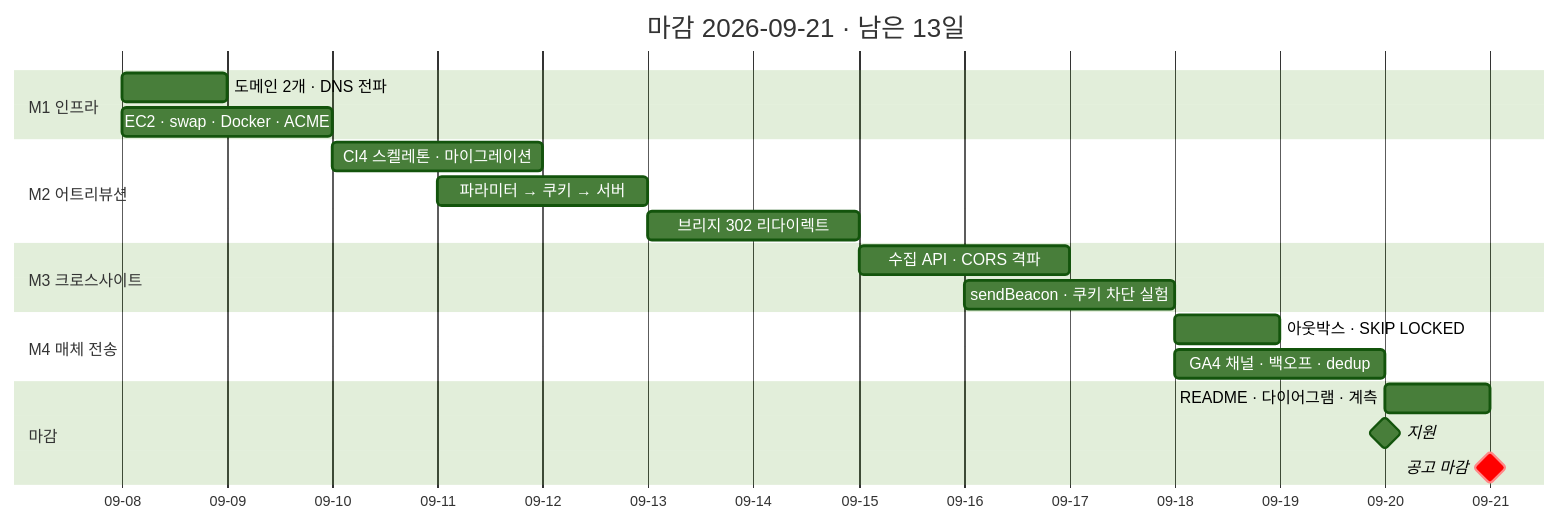
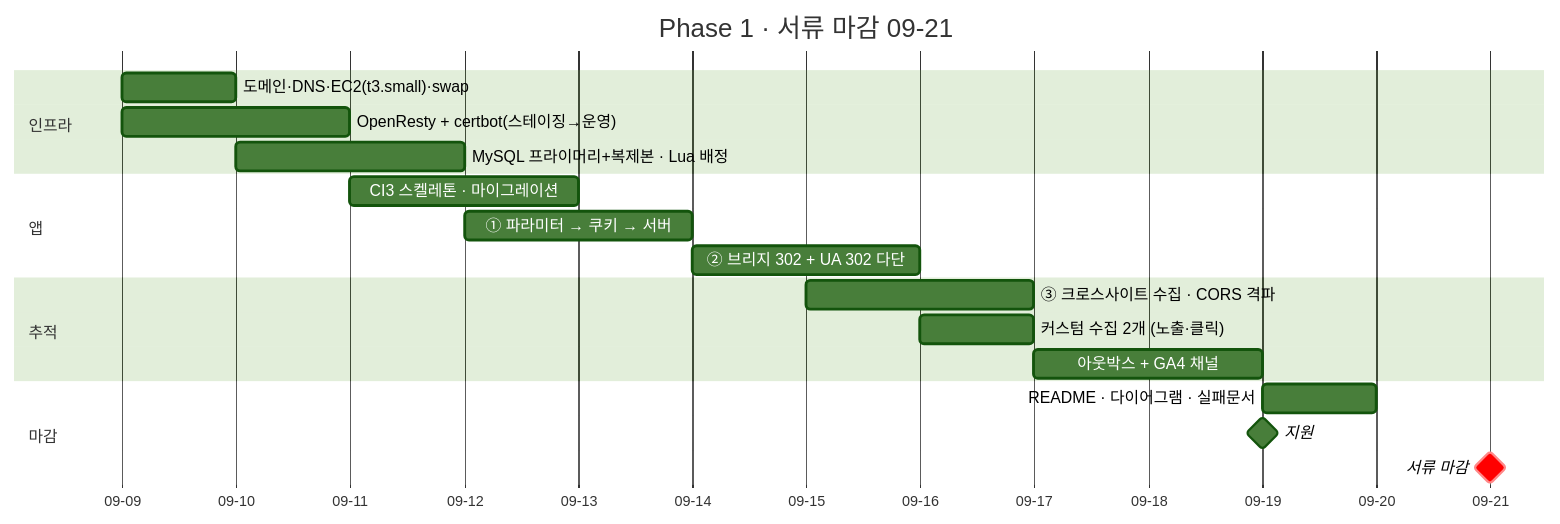
Before and after one commit to http1220/touchpoint: the sixth of 8 diagrams in docs/roadmap.md, drawn with Mermaid (forest theme). The commit also changed other lines of this file and 4 other files, not shown here.

````diff
--- a/docs/roadmap.md
+++ b/docs/roadmap.md
@@ -227,28 +243,26 @@
 ```mermaid
 gantt
-    title 마감 2026-09-21 · 남은 13일
+    title Phase 1 · 서류 마감 09-21
     dateFormat YYYY-MM-DD
     axisFormat %m-%d
 
-    section M1 인프라
-    도메인 2개 · DNS 전파      :m1a, 2026-09-08, 1d
-    EC2 · swap · Docker · ACME :m1b, 2026-09-08, 2d
+    section 인프라
+    도메인·DNS·EC2(t3.small)·swap    :2026-09-09, 1d
+    OpenResty + certbot(스테이징→운영) :2026-09-09, 2d
+    MySQL 프라이머리+복제본 · Lua 배정  :2026-09-10, 2d
 
-    section M2 어트리뷰션
-    CI4 스켈레톤 · 마이그레이션 :m2a, 2026-09-10, 2d
-    파라미터 → 쿠키 → 서버     :m2b, 2026-09-11, 2d
-    브리지 302 리다이렉트       :m2c, 2026-09-13, 2d
+    section 앱
+    CI3 스켈레톤 · 마이그레이션        :2026-09-11, 2d
+    ① 파라미터 → 쿠키 → 서버          :2026-09-12, 2d
+    ② 브리지 302 + UA 302 다단        :2026-09-14, 2d
 
-    section M3 크로스사이트
-    수집 API · CORS 격파        :m3a, 2026-09-15, 2d
-    sendBeacon · 쿠키 차단 실험 :m3b, 2026-09-16, 2d
-
-    section M4 매체 전송
-    아웃박스 · SKIP LOCKED      :m4a, 2026-09-18, 1d
-    GA4 채널 · 백오프 · dedup   :m4b, 2026-09-18, 2d
+    section 추적
+    ③ 크로스사이트 수집 · CORS 격파    :2026-09-15, 2d
+    커스텀 수집 2개 (노출·클릭)        :2026-09-16, 1d
+    아웃박스 + GA4 채널               :2026-09-17, 2d
 
     section 마감
-    README · 다이어그램 · 계측  :fin, 2026-09-20, 1d
-    지원                        :milestone, 2026-09-20, 0d
-    공고 마감                   :crit, milestone, 2026-09-21, 0d
+    README · 다이어그램 · 실패문서     :2026-09-19, 1d
+    지원                              :milestone, 2026-09-19, 0d
+    서류 마감                         :crit, milestone, 2026-09-21, 0d
 ```
````
